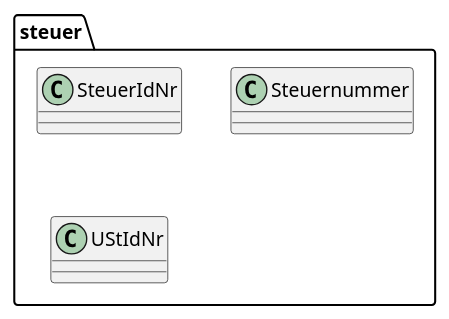
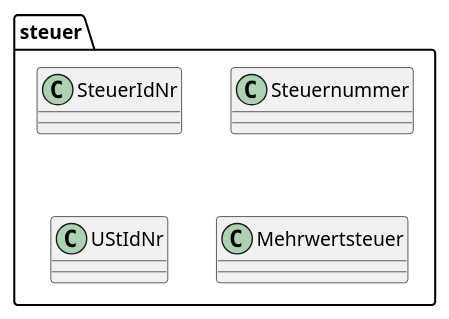
The diagram in src/main/asciidoc/images/package-steuer.puml (oboehm/jfachwert), drawn with PlantUML before and after one commit. The commit also changed 7 other files, not shown here.

```diff
--- a/src/main/asciidoc/images/package-steuer.puml
+++ b/src/main/asciidoc/images/package-steuer.puml
@@ -1,11 +1,12 @@
 @startuml
 
 package "steuer" {
 
     class SteuerIdNr
     class Steuernummer
     class UStIdNr
+    class Mehrwertsteuer
 
 }
 
 @enduml
```
